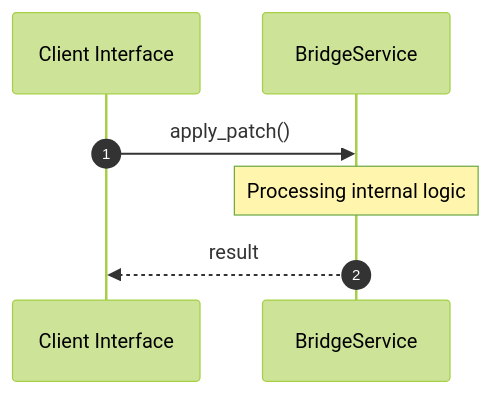
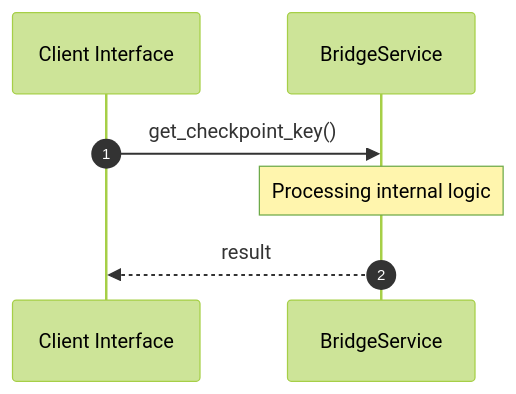
One commit to lgcorzo/rust_CACD_autonomous_factory changed the second of 2 diagrams in openwiki/crates/factory-application/src/bridge/index.md. Above: the diagram before and after it, drawn with Mermaid (forest theme). The commit also changed other lines of this file and 21 other files, not shown here.

````diff
--- a/openwiki/crates/factory-application/src/bridge/index.md
+++ b/openwiki/crates/factory-application/src/bridge/index.md
@@ -47,10 +47,10 @@
 ```mermaid
 sequenceDiagram
     autonumber
     participant Caller as Client Interface
     participant Svc as BridgeService
-    Caller->>Svc: apply_patch()
+    Caller->>Svc: get_checkpoint_key()
     Note over Svc: Processing internal logic
     Svc-->>Caller: result
 
 ```
````
